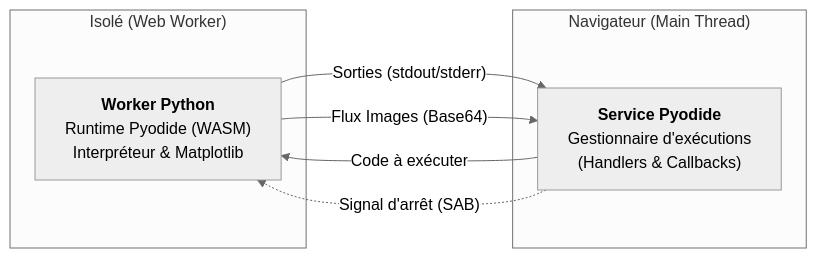
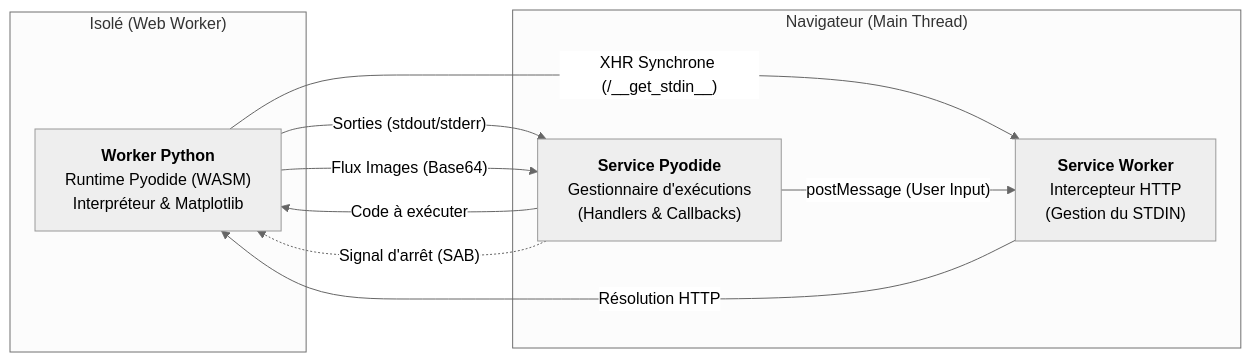
One commit to CodeClique-RobertDoisneau/frontend changed the first of 2 diagrams in src/app/shared/services/pyodide/README.md. Above: the diagram before and after it, drawn with Mermaid (neutral theme). The commit also changed other lines of this file and 1 other file, not shown here.

````diff
--- a/src/app/shared/services/pyodide/README.md
+++ b/src/app/shared/services/pyodide/README.md
@@ -7,16 +7,22 @@
 ```mermaid
 graph LR
     subgraph "Isolé (Web Worker)"
         Worker["<b>Worker Python</b><br/>Runtime Pyodide (WASM)<br/>Interpréteur & Matplotlib"]
     end
 
     subgraph "Navigateur (Main Thread)"
         Service["<b>Service Pyodide</b><br/>Gestionnaire d'exécutions<br/>(Handlers & Callbacks)"]
+        SW["<b>Service Worker</b><br/>Intercepteur HTTP<br/>(Gestion du STDIN)"]
     end
 
     %% Interactions Inversées
     Worker -- "Sorties (stdout/stderr)" --> Service
     Worker -- "Flux Images (Base64)" --> Service
     Service -- "Code à exécuter" --> Worker
     Service -. "Signal d'arrêt (SAB)" .-> Worker
+
+    %% STDIN Interaction
+    Worker -- "XHR Synchrone (/__get_stdin__)" --> SW
+    Service -- "postMessage (User Input)" --> SW
+    SW -- "Résolution HTTP" --> Worker
 ```
````
